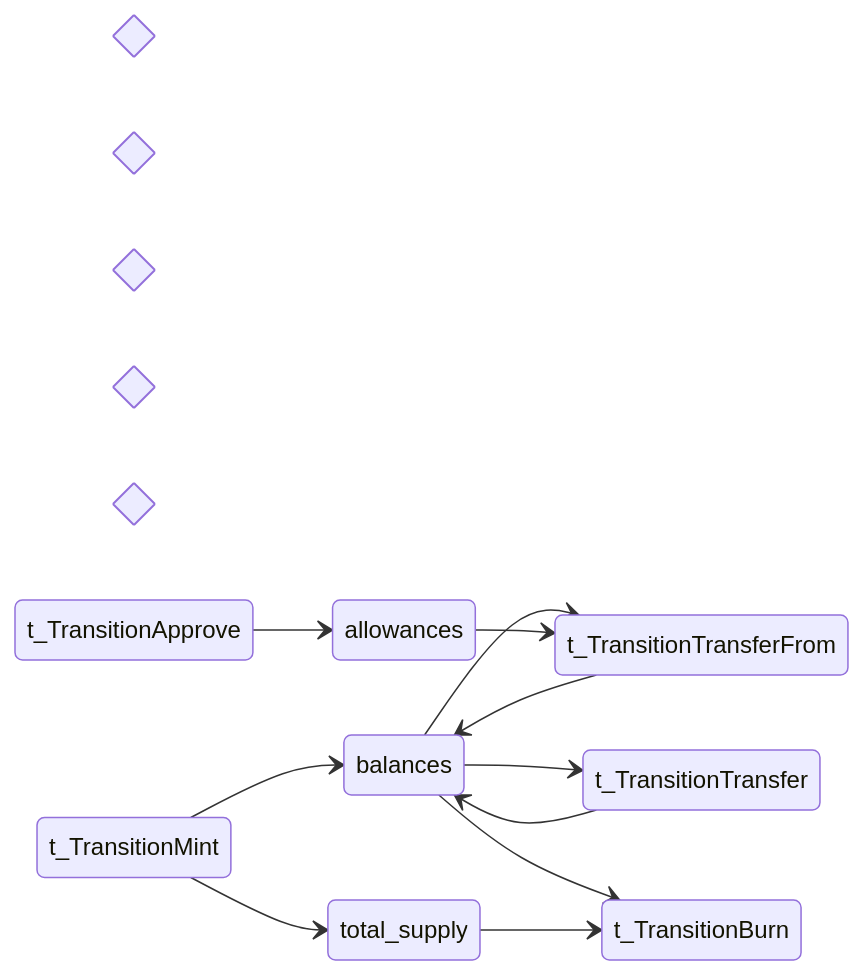
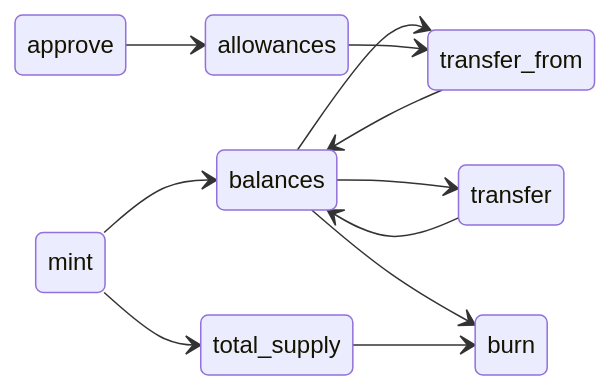
Before and after one commit to pflow-xyz/petri-pilot: the first of 4 diagrams in generated/erc20-token/README.md, drawn with Mermaid. The commit also changed other lines of this file and 10 other files, not shown here.

First line of the commit message:
Fix Mermaid diagram syntax in README template

````diff
--- a/generated/erc20-token/README.md
+++ b/generated/erc20-token/README.md
@@ -49,32 +49,32 @@
 ```mermaid
 stateDiagram-v2
     direction LR
 
     state "total_supply" as PlaceTotalSupply
     state "balances" as PlaceBalances
     state "allowances" as PlaceAllowances
 
 
-    state "transfer" as t_TransitionTransfer <<choice>>
-    state "approve" as t_TransitionApprove <<choice>>
-    state "transfer_from" as t_TransitionTransferFrom <<choice>>
-    state "mint" as t_TransitionMint <<choice>>
-    state "burn" as t_TransitionBurn <<choice>>
+    state "transfer" as t_TransitionTransfer
+    state "approve" as t_TransitionApprove
+    state "transfer_from" as t_TransitionTransferFrom
+    state "mint" as t_TransitionMint
+    state "burn" as t_TransitionBurn
 
 
-    PlaceBalances --> t_TransitionTransfer: 
-    t_TransitionTransfer --> PlaceBalances: 
+    PlaceBalances --> t_TransitionTransfer
+    t_TransitionTransfer --> PlaceBalances
 
-    t_TransitionApprove --> PlaceAllowances: 
+    t_TransitionApprove --> PlaceAllowances
 
-    PlaceBalances --> t_TransitionTransferFrom: 
-    PlaceAllowances --> t_TransitionTransferFrom: 
-    t_TransitionTransferFrom --> PlaceBalances: 
+    PlaceBalances --> t_TransitionTransferFrom
+    PlaceAllowances --> t_TransitionTransferFrom
+    t_TransitionTransferFrom --> PlaceBalances
 
-    t_TransitionMint --> PlaceBalances: 
-    t_TransitionMint --> PlaceTotalSupply: 
+    t_TransitionMint --> PlaceBalances
+    t_TransitionMint --> PlaceTotalSupply
 
-    PlaceBalances --> t_TransitionBurn: 
-    PlaceTotalSupply --> t_TransitionBurn: 
+    PlaceBalances --> t_TransitionBurn
+    PlaceTotalSupply --> t_TransitionBurn
 
 ```
````
